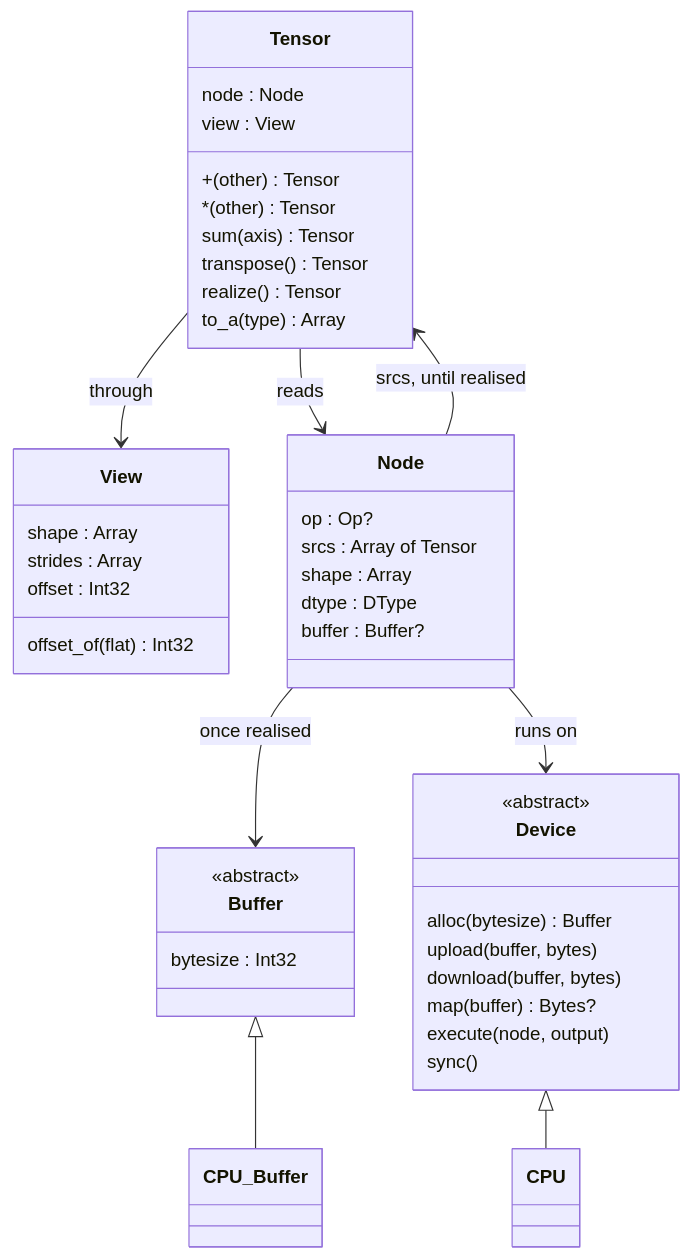
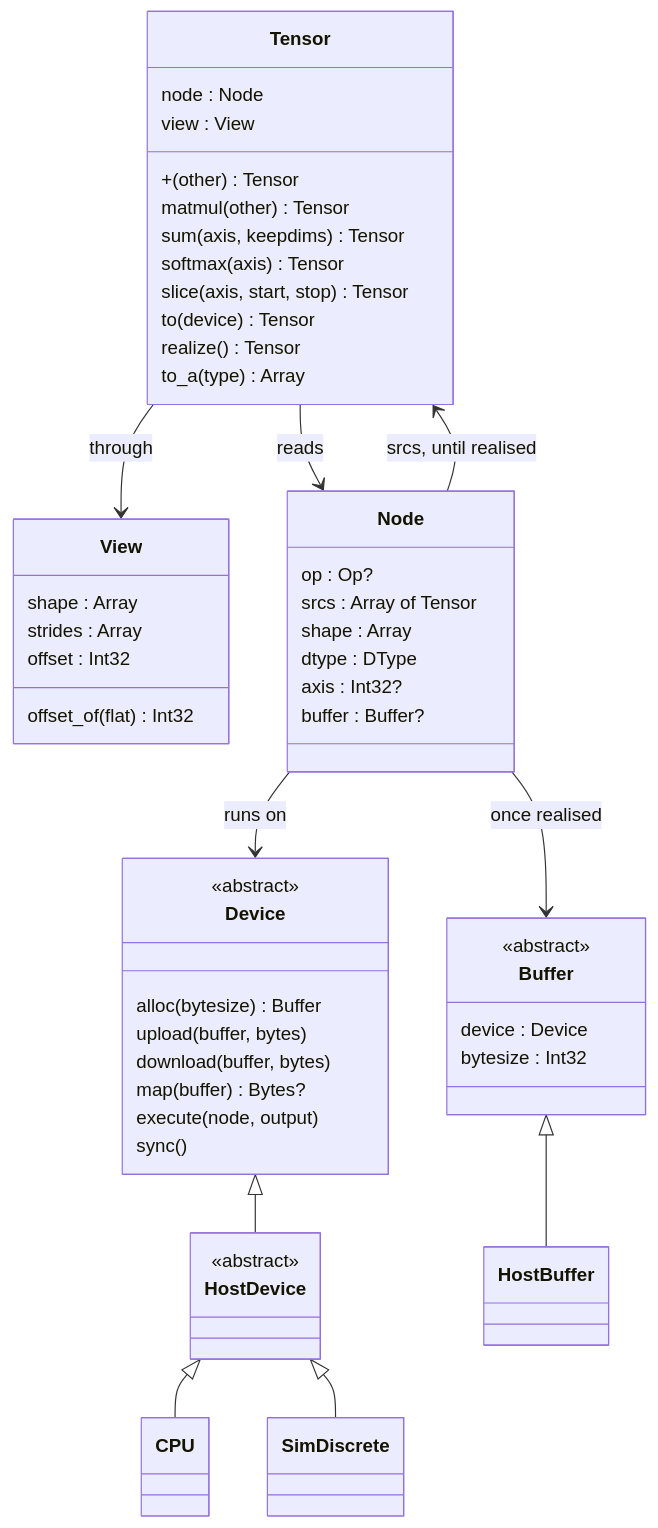
Before and after one commit to nogginly/tensomite.cr: the second of 12 diagrams in DESIGN.md, drawn with Mermaid. The commit also changed other lines of this file and 23 other files, not shown here.

First line of the commit message:
M2: CPU op set and SimDiscrete (#4)

````diff
--- a/DESIGN.md
+++ b/DESIGN.md
@@ -33,46 +39,55 @@
 ```mermaid
 classDiagram
     class Tensor {
         node : Node
         view : View
         +(other) Tensor
-        *(other) Tensor
-        sum(axis) Tensor
-        transpose() Tensor
+        matmul(other) Tensor
+        sum(axis, keepdims) Tensor
+        softmax(axis) Tensor
+        slice(axis, start, stop) Tensor
+        to(device) Tensor
         realize() Tensor
         to_a(type) Array
     }
     class View {
         shape : Array
         strides : Array
         offset : Int32
         offset_of(flat) Int32
     }
     class Node {
         op : Op?
         srcs : Array of Tensor
         shape : Array
         dtype : DType
+        axis : Int32?
         buffer : Buffer?
     }
     class Device {
         <<abstract>>
         alloc(bytesize) Buffer
         upload(buffer, bytes)
         download(buffer, bytes)
         map(buffer) Bytes?
         execute(node, output)
         sync()
     }
     class Buffer {
         <<abstract>>
+        device : Device
         bytesize : Int32
+    }
+    class HostDevice {
+        <<abstract>>
     }
     Tensor --> Node : reads
     Tensor --> View : through
     Node --> Tensor : srcs, until realised
     Node --> Buffer : once realised
     Node --> Device : runs on
-    Device <|-- CPU
-    Buffer <|-- CPU_Buffer
+    Device <|-- HostDevice
+    HostDevice <|-- CPU
+    HostDevice <|-- SimDiscrete
+    Buffer <|-- HostBuffer
 ```
````
